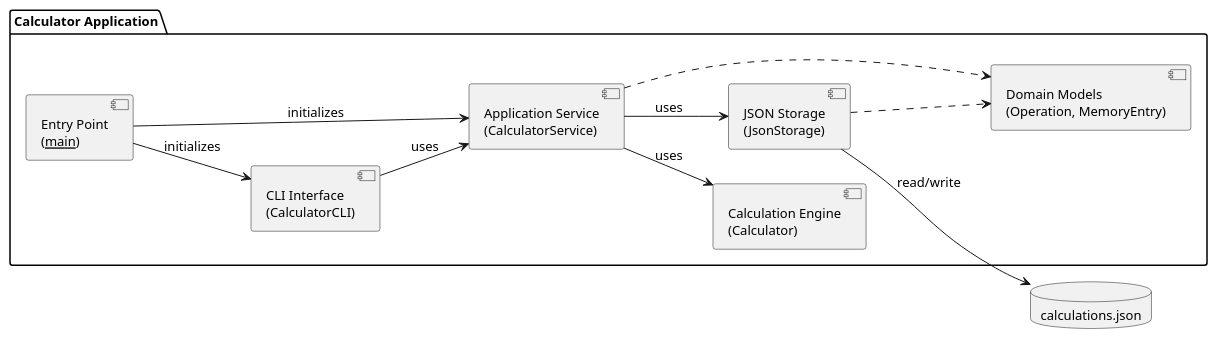
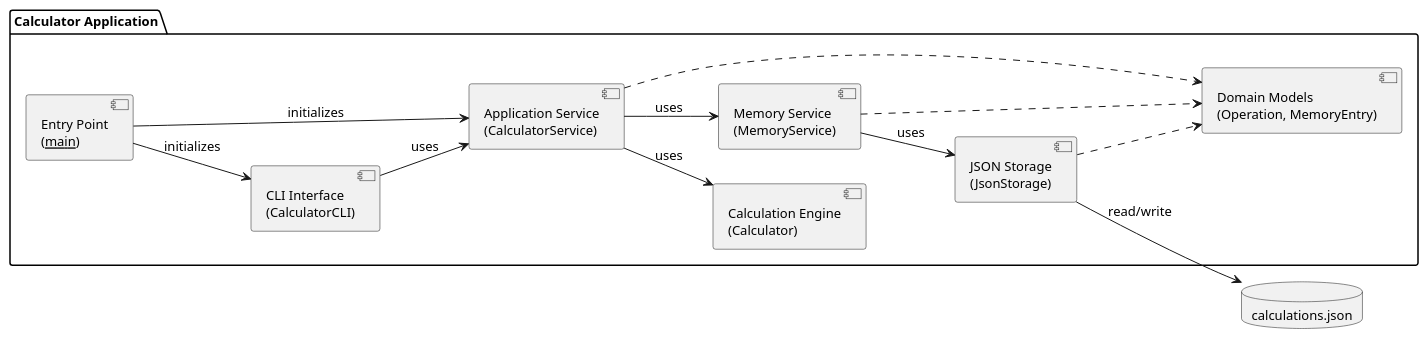
One commit to DanielRiha8906/Software_autoevolution_using_agents changed the diagram in experiments/pipeline/user_stories/calculator/artifacts/component_diagram.puml. Above: the diagram before and after it, drawn with PlantUML. The commit also changed 11 other files, not shown here.

First line of the commit message:
task 04 | pipeline / user_stories / calculator: Implement MemoryService

```diff
--- a/experiments/pipeline/user_stories/calculator/artifacts/component_diagram.puml
+++ b/experiments/pipeline/user_stories/calculator/artifacts/component_diagram.puml
@@ -1,31 +1,34 @@
 @startuml component_diagram
 
 skinparam componentStyle uml2
 skinparam defaultFontSize 13
 left to right direction
 
 package "Calculator Application" {
 
     component "Entry Point\n(__main__)" as Main
     component "CLI Interface\n(CalculatorCLI)" as CLI
     component "Application Service\n(CalculatorService)" as Service
     component "Calculation Engine\n(Calculator)" as Calc
+    component "Memory Service\n(MemoryService)" as Memory
     component "JSON Storage\n(JsonStorage)" as Store
     component "Domain Models\n(Operation, MemoryEntry)" as Models
 
     Main --> CLI : initializes
     Main --> Service : initializes
 
     CLI --> Service : uses
     Service --> Calc : uses
-    Service --> Store : uses
+    Service --> Memory : uses
+    Memory --> Store : uses
 
     Service ..> Models
+    Memory ..> Models
     Store ..> Models
 }
 
 database "calculations.json" as DB
 
 Store --> DB : read/write
 
 @enduml
```
